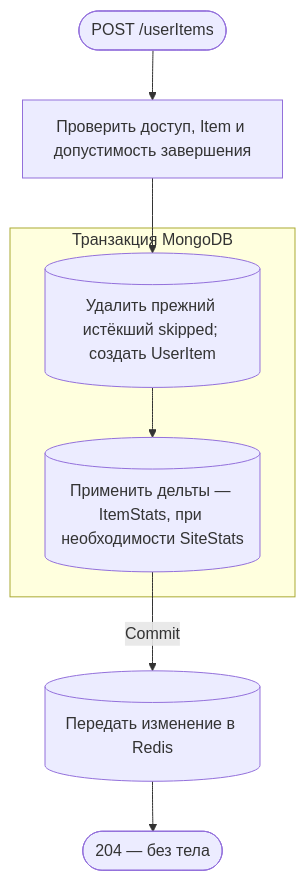
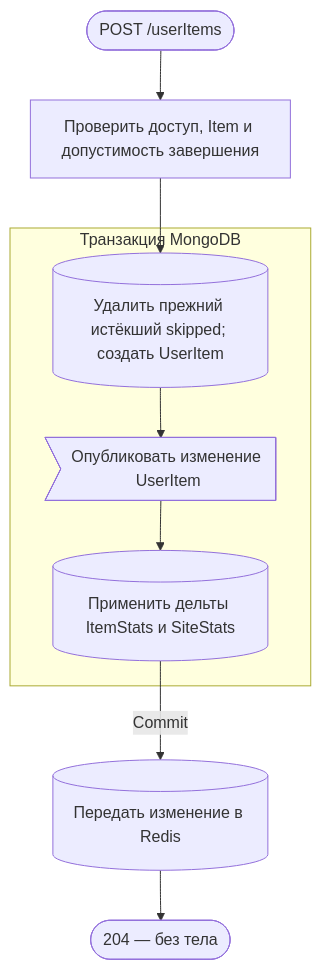
Before and after one commit to AmyGrooove/f95-tinder: the third of 9 diagrams in apps/api/public/docs/api/requestFlows/userItems.md, drawn with Mermaid. The commit also changed other lines of this file and 50 other files, not shown here.

````diff
--- a/apps/api/public/docs/api/requestFlows/userItems.md
+++ b/apps/api/public/docs/api/requestFlows/userItems.md
@@ -66,13 +66,14 @@
 ```mermaid
 flowchart TD
     accTitle: Добавление произведения в библиотеку
-    accDescr: Проверить доступ и Item, создать UserItem со статистикой в транзакции и вернуть запись
+    accDescr: Проверить доступ и Item, сохранить UserItem и статистику в транзакции, затем передать изменение в Redis
     A(["POST /userItems"]):::http --> B["Проверить доступ, Item и допустимость завершения"]:::action
     subgraph TX["Транзакция MongoDB"]
         C[("Удалить прежний истёкший skipped; создать UserItem")]:::data
-        C --> D[("Применить дельты — ItemStats, при необходимости SiteStats")]:::data
+        C --> V>"Опубликовать изменение UserItem"]:::event
+        V --> D[("Применить дельты ItemStats и SiteStats")]:::data
     end
     B --> C
     D -->|Commit| H[("Передать изменение в Redis")]:::data
     H --> R(["204 — без тела"]):::http
 ```
````
